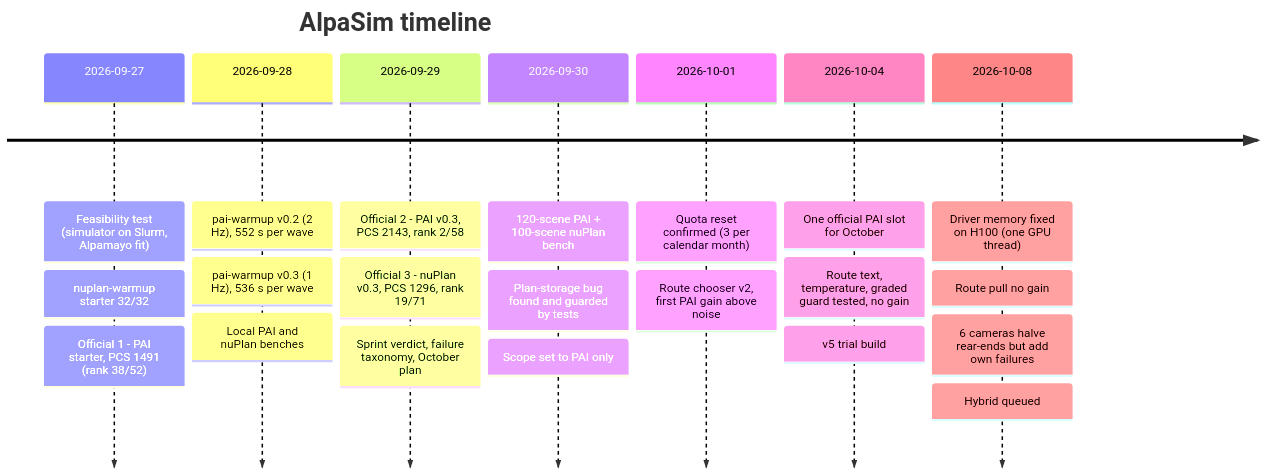
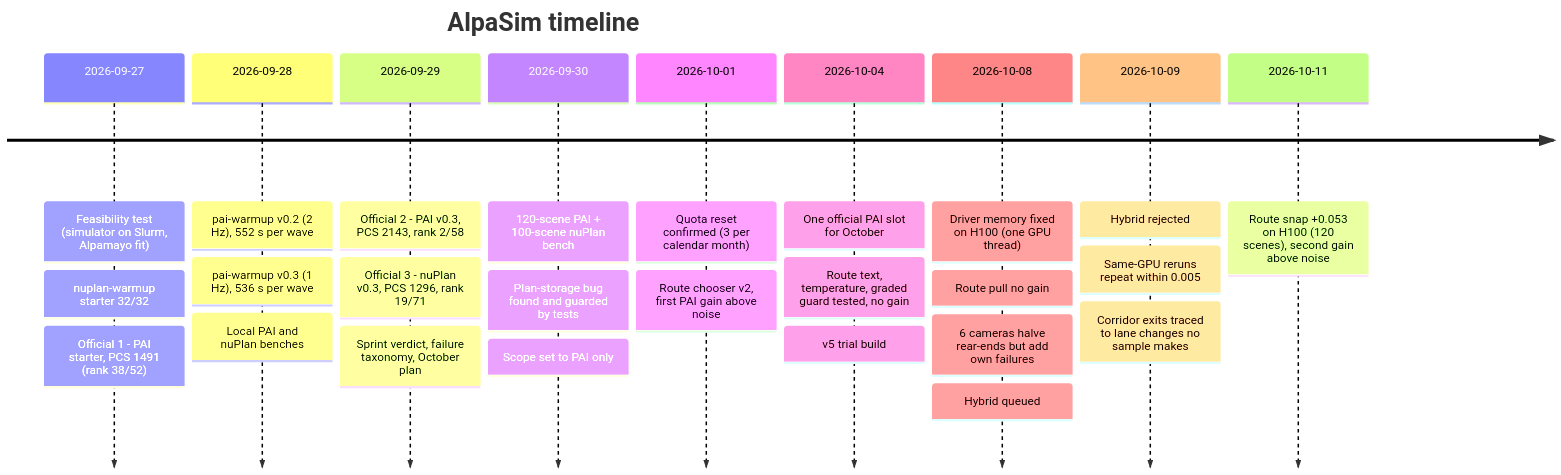
The seventh of 7 diagrams in README.md (amanupg/alpasim-challenge-2026), drawn with Mermaid before and after one commit. The commit also changed other lines of this file and 1 other file, not shown here.

Commit message:
Guarded route snap: +0.053 [+0.004, +0.101] over 120 scenes on H100

````diff
--- a/README.md
+++ b/README.md
@@ -239,11 +239,13 @@
 ```mermaid
 timeline
   title AlpaSim timeline
   2026-09-27 : Feasibility test (simulator on Slurm, Alpamayo fit) : nuplan-warmup starter 32/32 : Official 1 - PAI starter, PCS 1491 (rank 38/52)
   2026-09-28 : pai-warmup v0.2 (2 Hz), 552 s per wave : pai-warmup v0.3 (1 Hz), 536 s per wave : Local PAI and nuPlan benches
   2026-09-29 : Official 2 - PAI v0.3, PCS 2143, rank 2/58 : Official 3 - nuPlan v0.3, PCS 1296, rank 19/71 : Sprint verdict, failure taxonomy, October plan
   2026-09-30 : 120-scene PAI + 100-scene nuPlan bench : Plan-storage bug found and guarded by tests : Scope set to PAI only
   2026-10-01 : Quota reset confirmed (3 per calendar month) : Route chooser v2, first PAI gain above noise
   2026-10-04 : One official PAI slot for October : Route text, temperature, graded guard tested, no gain : v5 trial build
   2026-10-08 : Driver memory fixed on H100 (one GPU thread) : Route pull no gain : 6 cameras halve rear-ends but add own failures : Hybrid queued
+  2026-10-09 : Hybrid rejected : Same-GPU reruns repeat within 0.005 : Corridor exits traced to lane changes no sample makes
+  2026-10-11 : Route snap +0.053 on H100 (120 scenes), second gain above noise
 ```
````
